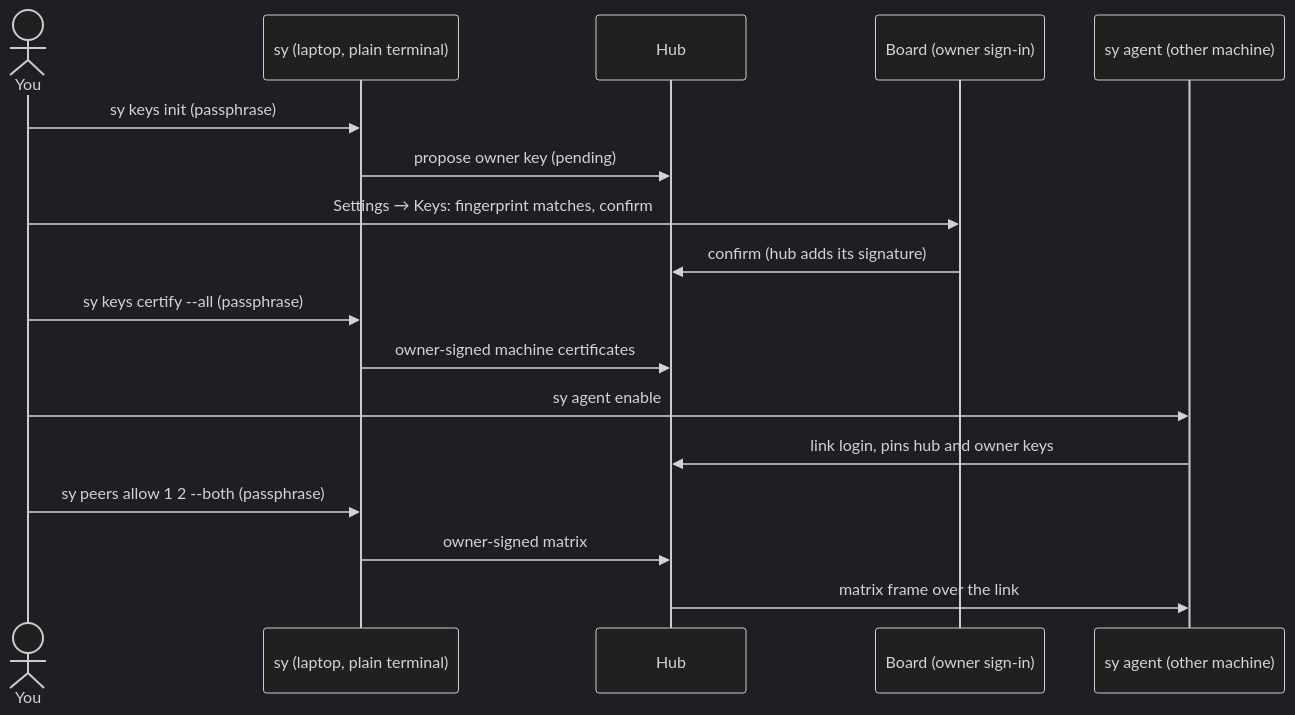
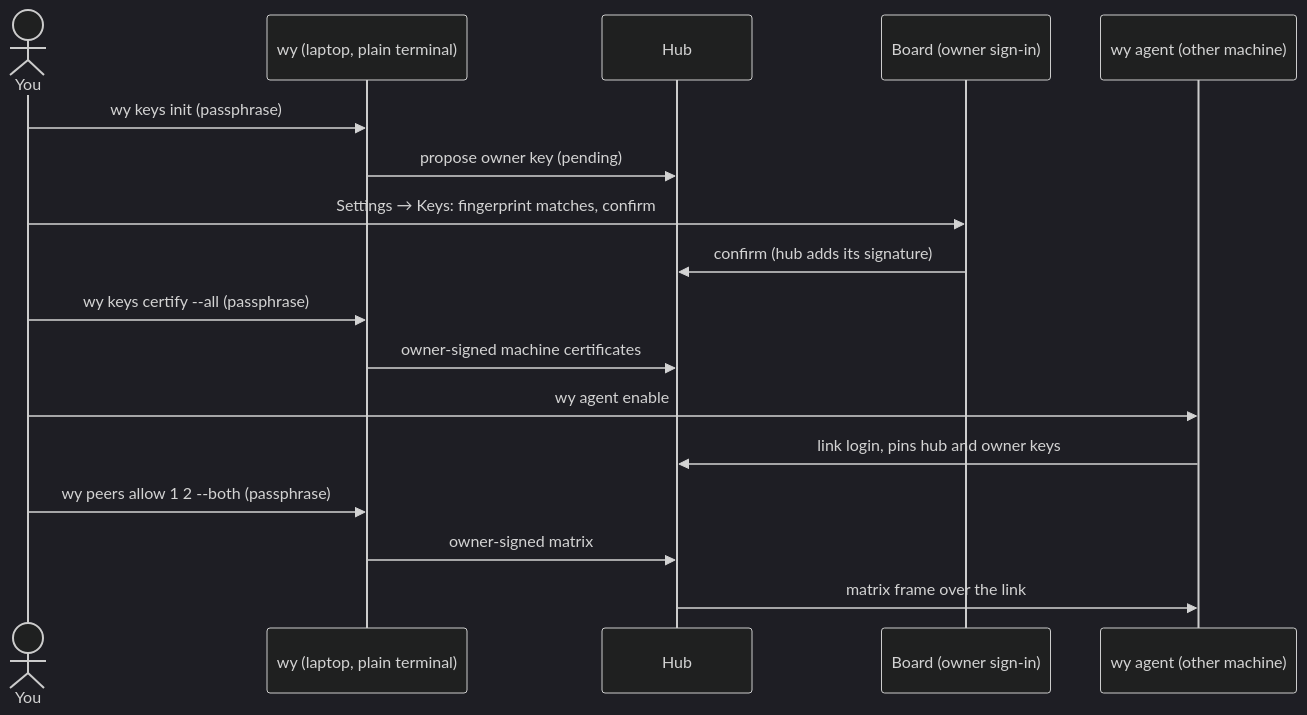
The first of 2 diagrams in docs/guide/peers.md (mraj602/switchyard), drawn with Mermaid (dark theme) before and after one commit. The commit also changed other lines of this file and 1273 other files, not shown here.

````diff
--- a/docs/guide/peers.md
+++ b/docs/guide/peers.md
@@ -122,19 +122,19 @@
 ```mermaid
 sequenceDiagram
     actor You
-    participant L as sy (laptop, plain terminal)
+    participant L as wy (laptop, plain terminal)
     participant H as Hub
     participant B as Board (owner sign-in)
-    participant M as sy agent (other machine)
-    You->>L: sy keys init (passphrase)
+    participant M as wy agent (other machine)
+    You->>L: wy keys init (passphrase)
     L->>H: propose owner key (pending)
     You->>B: Settings → Keys: fingerprint matches, confirm
     B->>H: confirm (hub adds its signature)
-    You->>L: sy keys certify --all (passphrase)
+    You->>L: wy keys certify --all (passphrase)
     L->>H: owner-signed machine certificates
-    You->>M: sy agent enable
+    You->>M: wy agent enable
     M->>H: link login, pins hub and owner keys
-    You->>L: sy peers allow 1 2 --both (passphrase)
+    You->>L: wy peers allow 1 2 --both (passphrase)
     L->>H: owner-signed matrix
     H->>M: matrix frame over the link
 ```
````
